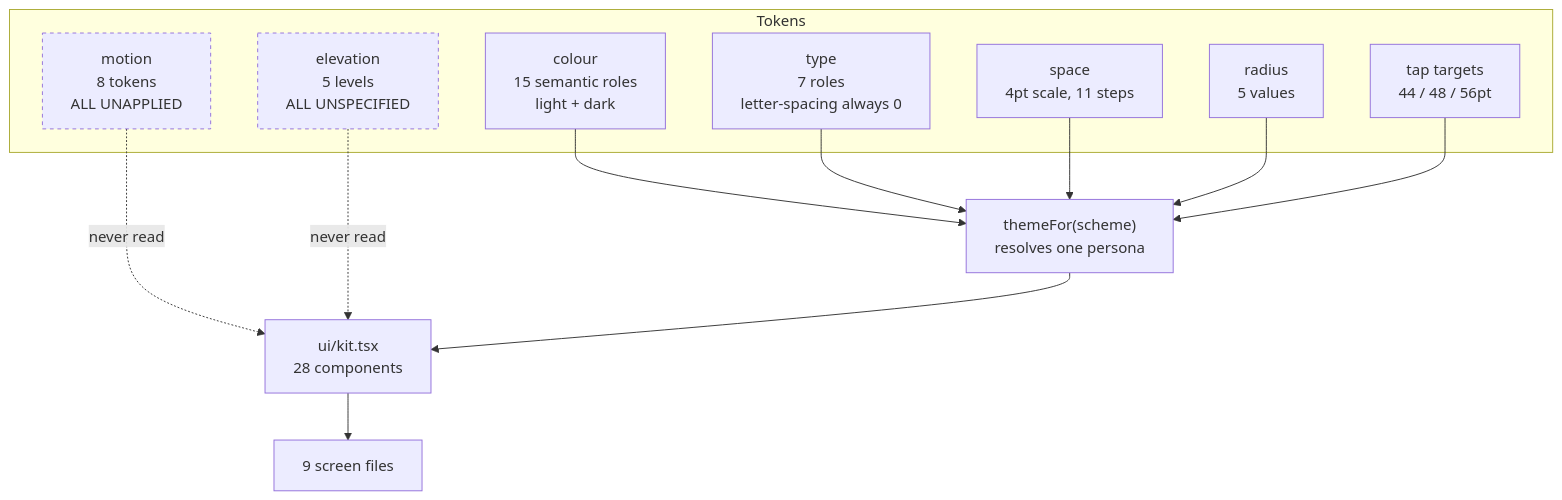
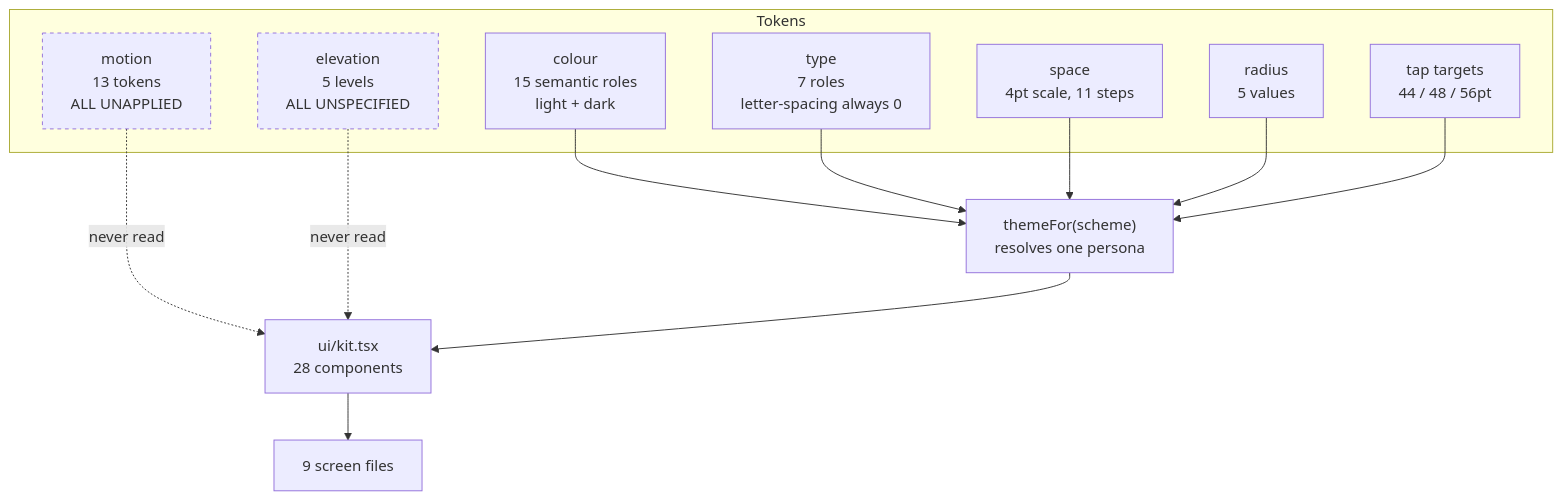
Before and after one commit to alinasser21001b-blip/adlytic: the fourth of 6 diagrams in docs/design/DIAGRAMS.md, drawn with Mermaid. The commit also changed other lines of this file and 15 other files, not shown here.

````diff
--- a/docs/design/DIAGRAMS.md
+++ b/docs/design/DIAGRAMS.md
@@ -163,26 +163,26 @@
 ```mermaid
 flowchart TD
   subgraph Tokens
     color["colour<br/>15 semantic roles<br/>light + dark"]
     type["type<br/>7 roles<br/>letter-spacing always 0"]
     space["space<br/>4pt scale, 11 steps"]
     radius["radius<br/>5 values"]
     tap["tap targets<br/>44 / 48 / 56pt"]
-    motion["motion<br/>8 tokens<br/>ALL UNAPPLIED"]
+    motion["motion<br/>13 tokens<br/>ALL UNAPPLIED"]
     elevation["elevation<br/>5 levels<br/>ALL UNSPECIFIED"]
   end
   theme["themeFor(scheme)<br/>resolves one persona"]
   kit["ui/kit.tsx<br/>28 components"]
   screens["9 screen files"]
   color --> theme
   type --> theme
   space --> theme
   radius --> theme
   tap --> theme
   motion -.never read.-> kit
   elevation -.never read.-> kit
   theme --> kit
   kit --> screens
   classDef dead stroke-dasharray: 4 4;
   class motion,elevation dead;
 ```
````
